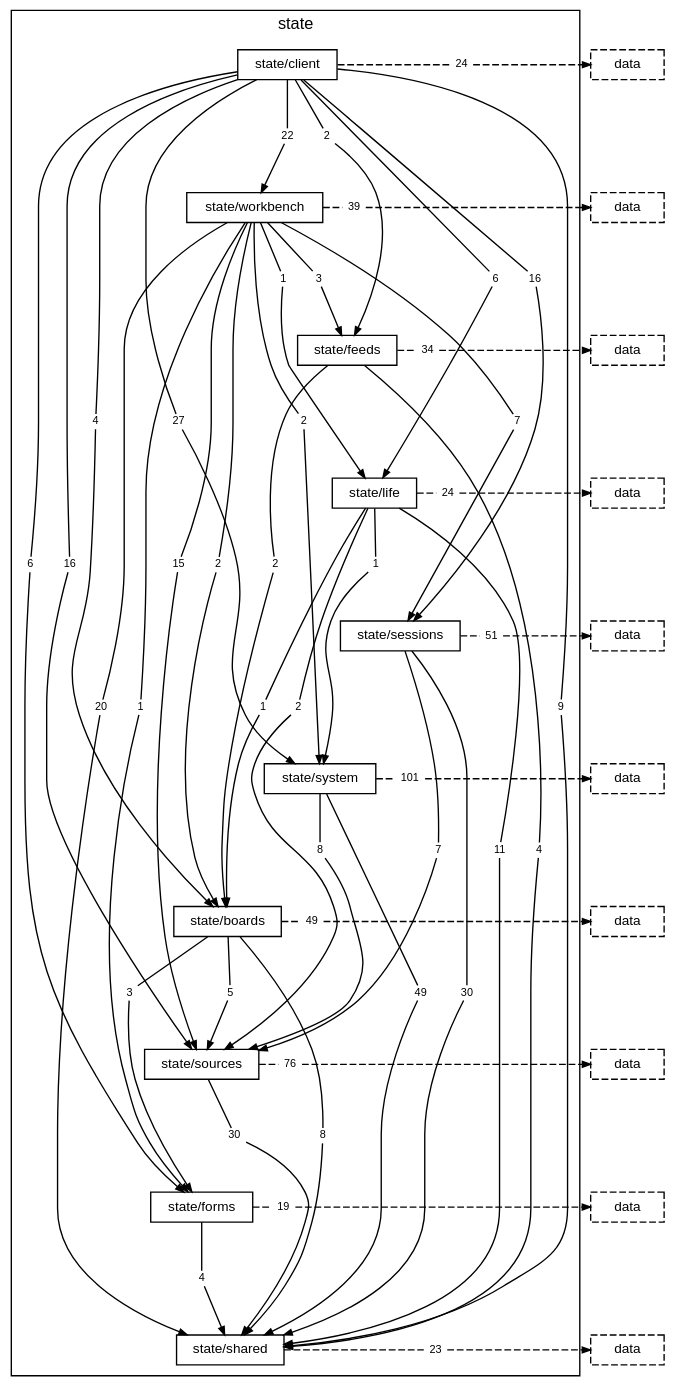
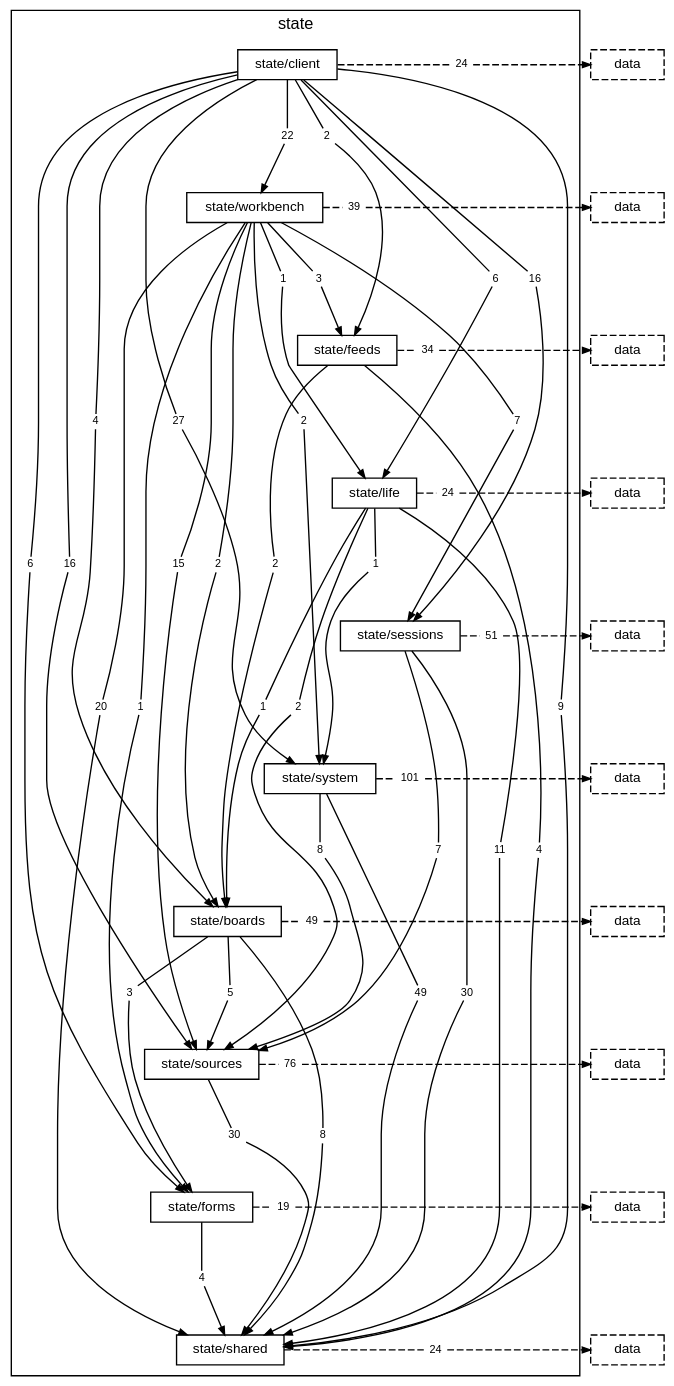
Before and after one commit to TheAxeC/oculus: the diagram in docs/diagrams/layer-state.dot, drawn with Graphviz. The commit also changed 137 other files, not shown here.

```diff
--- a/docs/diagrams/layer-state.dot
+++ b/docs/diagrams/layer-state.dot
@@ -55,7 +55,7 @@
         "folder state/sources to layer data" [label="76", shape=box, color="transparent", fontsize=8, width=0, height=0, margin="0.04,0.02"];
         "folder state/forms to folder state/shared" [label="4", shape=box, color="transparent", fontsize=8, width=0, height=0, margin="0.04,0.02"];
         "folder state/forms to layer data" [label="19", shape=box, color="transparent", fontsize=8, width=0, height=0, margin="0.04,0.02"];
-        "folder state/shared to layer data" [label="23", shape=box, color="transparent", fontsize=8, width=0, height=0, margin="0.04,0.02"];
+        "folder state/shared to layer data" [label="24", shape=box, color="transparent", fontsize=8, width=0, height=0, margin="0.04,0.02"];
     }
     "layer data from folder state/client" [label="data", style=dashed];
     "layer data from folder state/workbench" [label="data", style=dashed];
```
